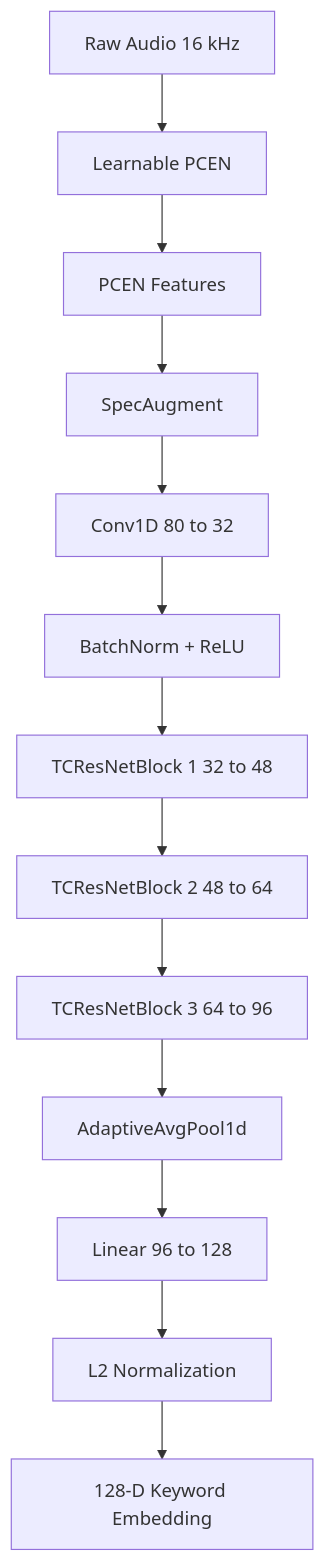
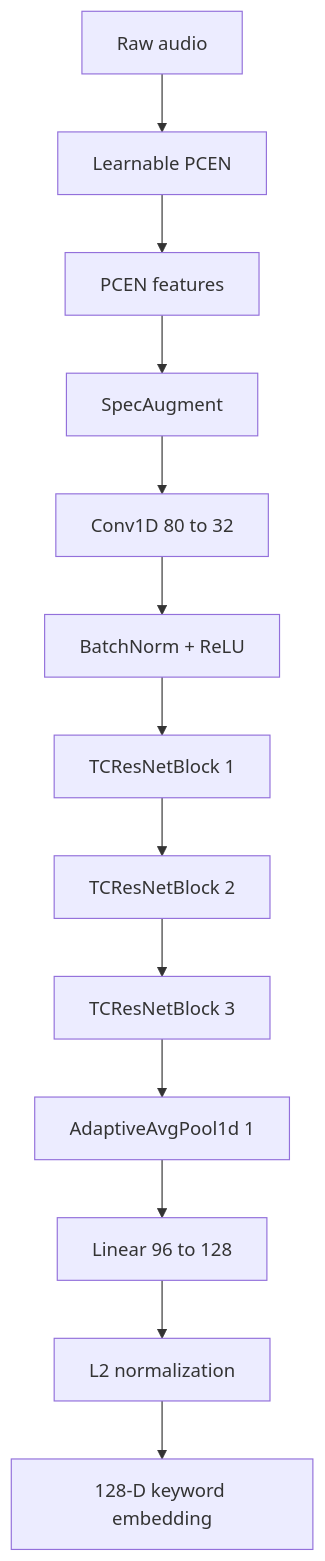
Before and after one commit to Nishchal-29/Speaker-Conditioned-Target-KWS: the second of 2 diagrams in docs/ax.md, drawn with Mermaid. The commit also changed other lines of this file, not shown here.

First line of the commit message:
Revise document for speaker-conditioned keyword spotting

````diff
--- a/docs/ax.md
+++ b/docs/ax.md
@@ -166,15 +179,15 @@
 ```mermaid
 flowchart TD
-    A[Raw Audio 16 kHz] --> B[Learnable PCEN]
-    B --> C[PCEN Features]
+    A[Raw audio] --> B[Learnable PCEN]
+    B --> C[PCEN features]
     C --> D[SpecAugment]
     D --> E[Conv1D 80 to 32]
     E --> F[BatchNorm + ReLU]
-    F --> G[TCResNetBlock 1 32 to 48]
-    G --> H[TCResNetBlock 2 48 to 64]
-    H --> I[TCResNetBlock 3 64 to 96]
-    I --> J[AdaptiveAvgPool1d]
+    F --> G[TCResNetBlock 1]
+    G --> H[TCResNetBlock 2]
+    H --> I[TCResNetBlock 3]
+    I --> J[AdaptiveAvgPool1d 1]
     J --> K[Linear 96 to 128]
-    K --> L[L2 Normalization]
-    L --> M[128-D Keyword Embedding]
+    K --> L[L2 normalization]
+    L --> M[128-D keyword embedding]
 ```
````
